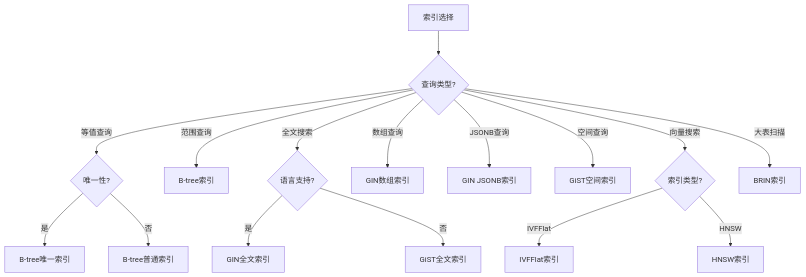
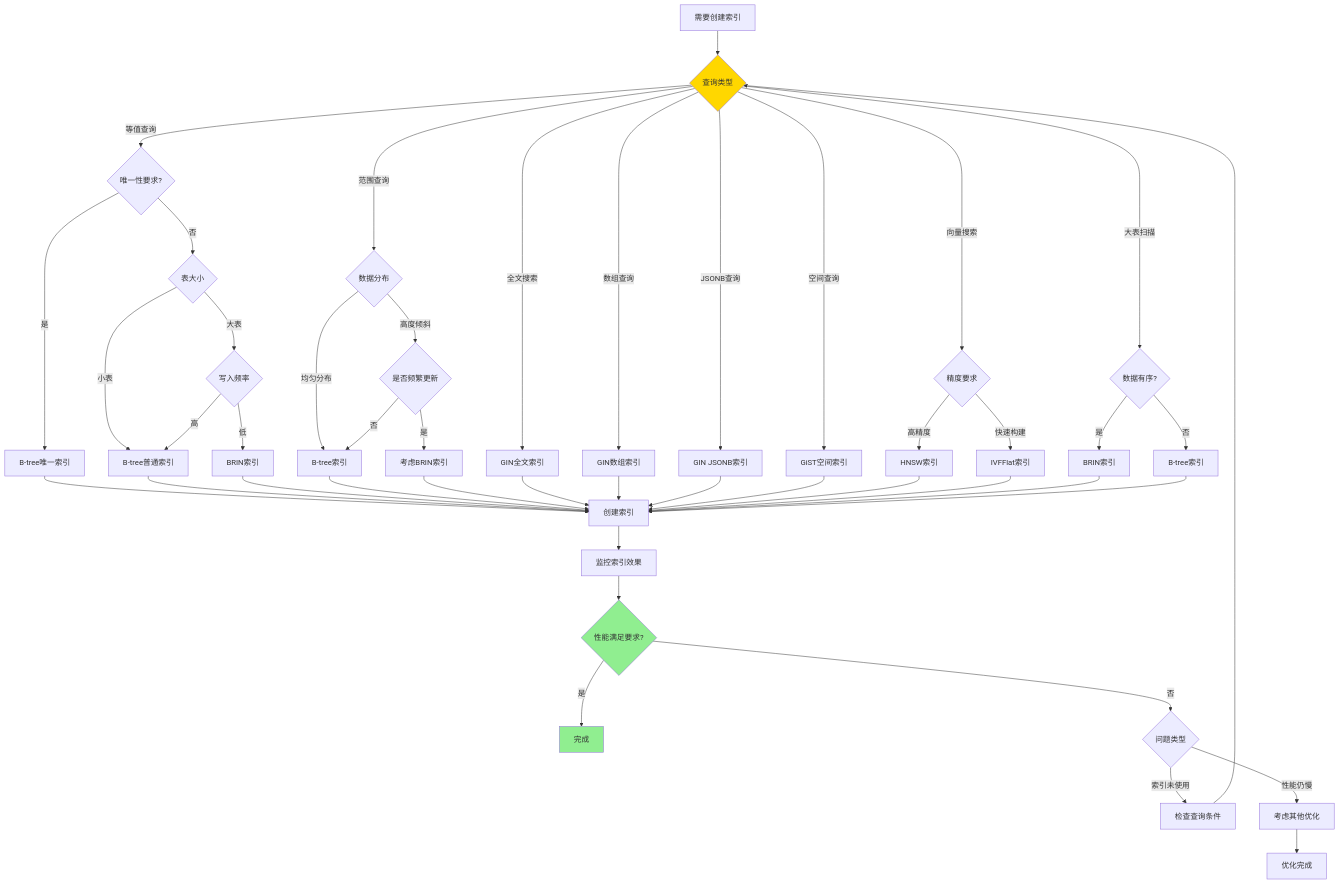
Before and after one commit to AdaMartin18010/PostgreSQL_modern: the second of 3 diagrams in PostgreSQL培训/01-SQL基础/索引体系详解.md, drawn with Mermaid. The commit also changed other lines of this file and 11 other files, not shown here.

````diff
--- a/PostgreSQL培训/01-SQL基础/索引体系详解.md
+++ b/PostgreSQL培训/01-SQL基础/索引体系详解.md
@@ -142,18 +150,51 @@
 ```mermaid
 flowchart TD
-    A[索引选择] --> B{查询类型?}
-    B -->|等值查询| C{唯一性?}
-    C -->|是| D[B-tree唯一索引]
-    C -->|否| E[B-tree普通索引]
-    B -->|范围查询| F[B-tree索引]
-    B -->|全文搜索| G{语言支持?}
-    G -->|是| H[GIN全文索引]
-    G -->|否| I[GiST全文索引]
-    B -->|数组查询| J[GIN数组索引]
-    B -->|JSONB查询| K[GIN JSONB索引]
-    B -->|空间查询| L[GiST空间索引]
-    B -->|向量搜索| M{索引类型?}
-    M -->|IVFFlat| N[IVFFlat索引]
-    M -->|HNSW| O[HNSW索引]
-    B -->|大表扫描| P[BRIN索引]
+    A[需要创建索引] --> B{查询类型}
+    B -->|等值查询| C{唯一性要求?}
+    B -->|范围查询| D{数据分布}
+    B -->|全文搜索| E[GIN全文索引]
+    B -->|数组查询| F[GIN数组索引]
+    B -->|JSONB查询| G[GIN JSONB索引]
+    B -->|空间查询| H[GiST空间索引]
+    B -->|向量搜索| I{精度要求}
+    B -->|大表扫描| J{数据有序?}
+    C -->|是| K[B-tree唯一索引]
+    C -->|否| L{表大小}
+    L -->|小表| M[B-tree普通索引]
+    L -->|大表| N{写入频率}
+    N -->|低| O[BRIN索引]
+    N -->|高| M
+    D -->|均匀分布| P[B-tree索引]
+    D -->|高度倾斜| Q{是否频繁更新}
+    Q -->|是| R[考虑BRIN索引]
+    Q -->|否| P
+    I -->|高精度| S[HNSW索引]
+    I -->|快速构建| T[IVFFlat索引]
+    J -->|是| U[BRIN索引]
+    J -->|否| V[B-tree索引]
+    K --> W[创建索引]
+    M --> W
+    O --> W
+    P --> W
+    R --> W
+    E --> W
+    F --> W
+    G --> W
+    H --> W
+    S --> W
+    T --> W
+    U --> W
+    V --> W
+    W --> X[监控索引效果]
+    X --> Y{性能满足要求?}
+    Y -->|是| Z[完成]
+    Y -->|否| AA{问题类型}
+    AA -->|索引未使用| AB[检查查询条件]
+    AA -->|性能仍慢| AC[考虑其他优化]
+    AB --> B
+    AC --> AD[优化完成]
+
+    style B fill:#FFD700
+    style Y fill:#90EE90
+    style Z fill:#90EE90
 ```
````
